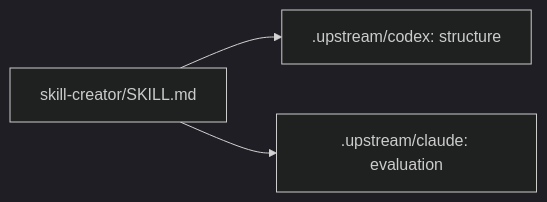
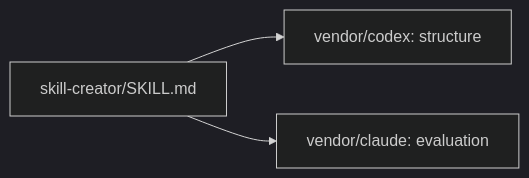
One commit to acastro2/alex-skills changed the diagram in README.md. Above: the diagram before and after it, drawn with Mermaid (dark theme). The commit also changed other lines of this file and 38 other files, not shown here.

First line of the commit message:
feat: vendor upstream skill-creator sources, add m365 CLI skill

````diff
--- a/README.md
+++ b/README.md
@@ -26,5 +26,5 @@
 ```mermaid
 flowchart LR
-    A[skill-creator/SKILL.md] --> B[.upstream/codex: structure]
-    A --> C[.upstream/claude: evaluation]
+    A[skill-creator/SKILL.md] --> B[vendor/codex: structure]
+    A --> C[vendor/claude: evaluation]
 ```
````
